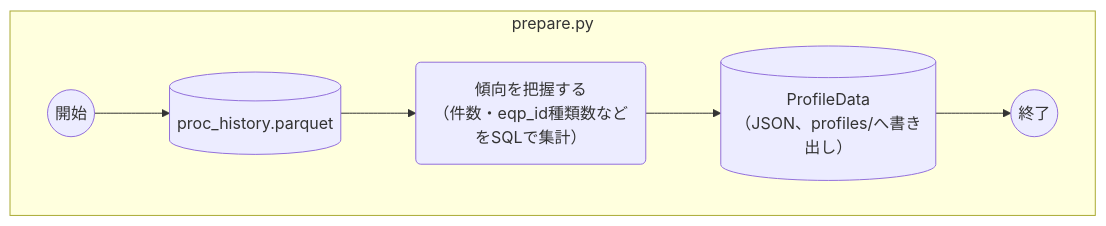
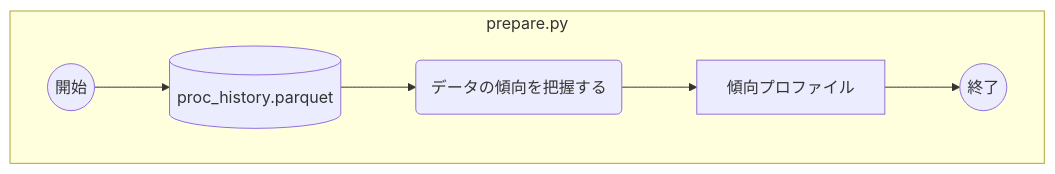
The second of 7 diagrams in .steering/20260830-eqp-workload-analysis/design.md (mukumuyi/AnalyseTool), drawn with Mermaid before and after one commit. The commit also changed other lines of this file and 1 other file, not shown here.

````diff
--- a/.steering/20260830-eqp-workload-analysis/design.md
+++ b/.steering/20260830-eqp-workload-analysis/design.md
@@ -83,10 +79,10 @@
 ```mermaid
 flowchart TD
     subgraph SW1["prepare.py"]
         Start1((開始)) -->
         RawData1[("proc_history.parquet")] -->
-        Check1("傾向を把握する<br/>（件数・eqp_id種類数などをSQLで集計）") -->
-        ProfileData1[("ProfileData<br/>（JSON、profiles/へ書き出し）")] -->
+        Check1("データの傾向を把握する") -->
+        ProfileData1["傾向プロファイル"] -->
         End1((終了))
     end
 ```
````
